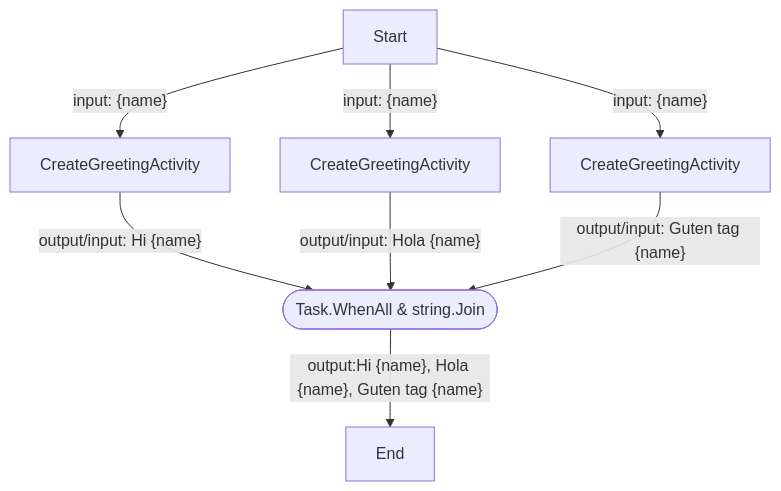
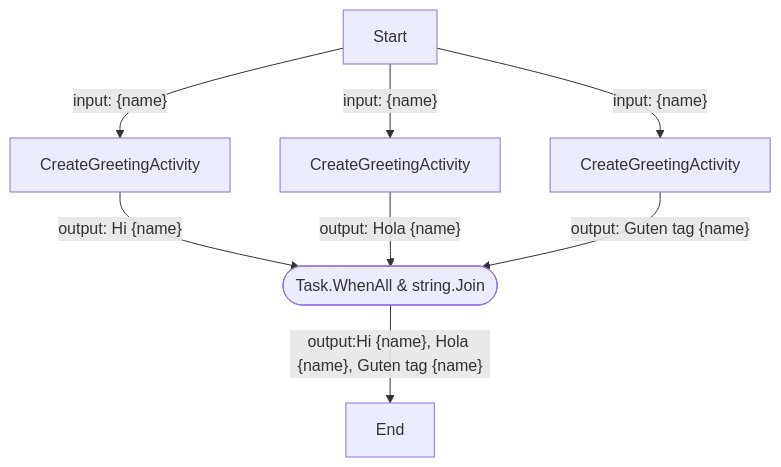
One commit to diagrid-labs/dapr-workflow-demos changed the third of 4 diagrams in README.md. Above: the diagram before and after it, drawn with Mermaid.

````diff
--- a/README.md
+++ b/README.md
@@ -156,13 +156,13 @@
 ```mermaid
 graph TD
     A[Start]
     B1[CreateGreetingActivity]
     B2[CreateGreetingActivity]
     B3[CreateGreetingActivity]
     C([Task.WhenAll & string.Join])
     D[End]
-    A -->|"input: {name}"| B1 -->|"output/input: Hi {name}"| C
-    A -->|"input: {name}"| B2 -->|"output/input: Hola {name}"| C
-    A -->|"input: {name}"| B3 -->|"output/input: Guten tag {name}"| C
+    A -->|"input: {name}"| B1 -->|"output: Hi {name}"| C
+    A -->|"input: {name}"| B2 -->|"output: Hola {name}"| C
+    A -->|"input: {name}"| B3 -->|"output: Guten tag {name}"| C
     C -->|"output:Hi {name}, Hola {name}, Guten tag {name}"| D
 ```
````
